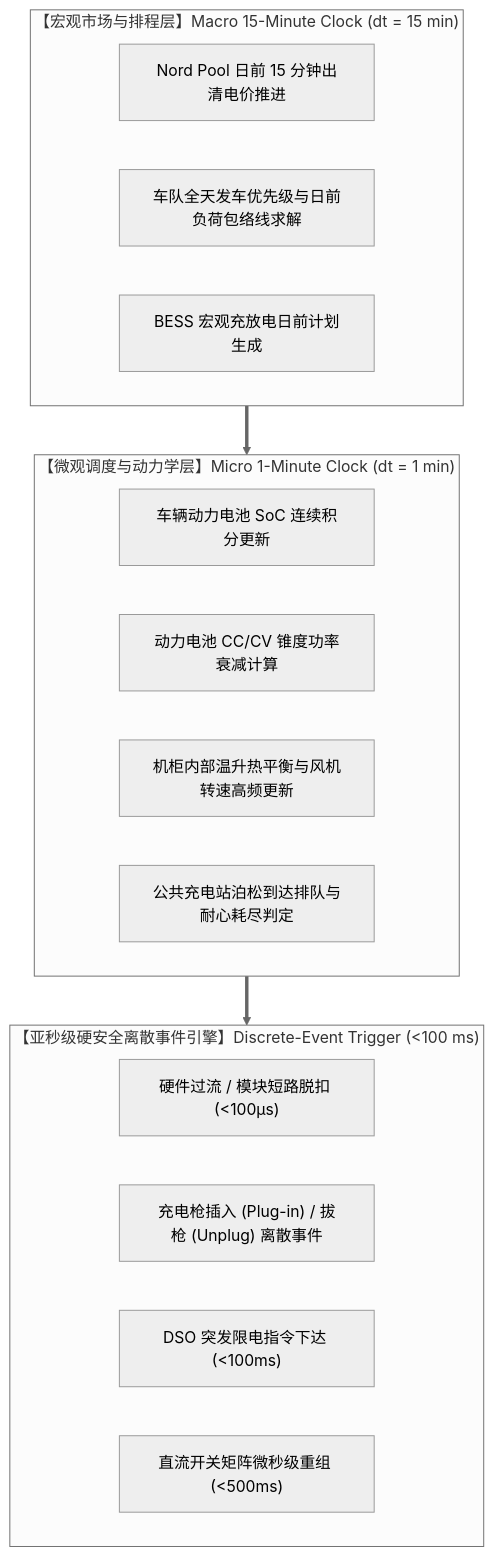
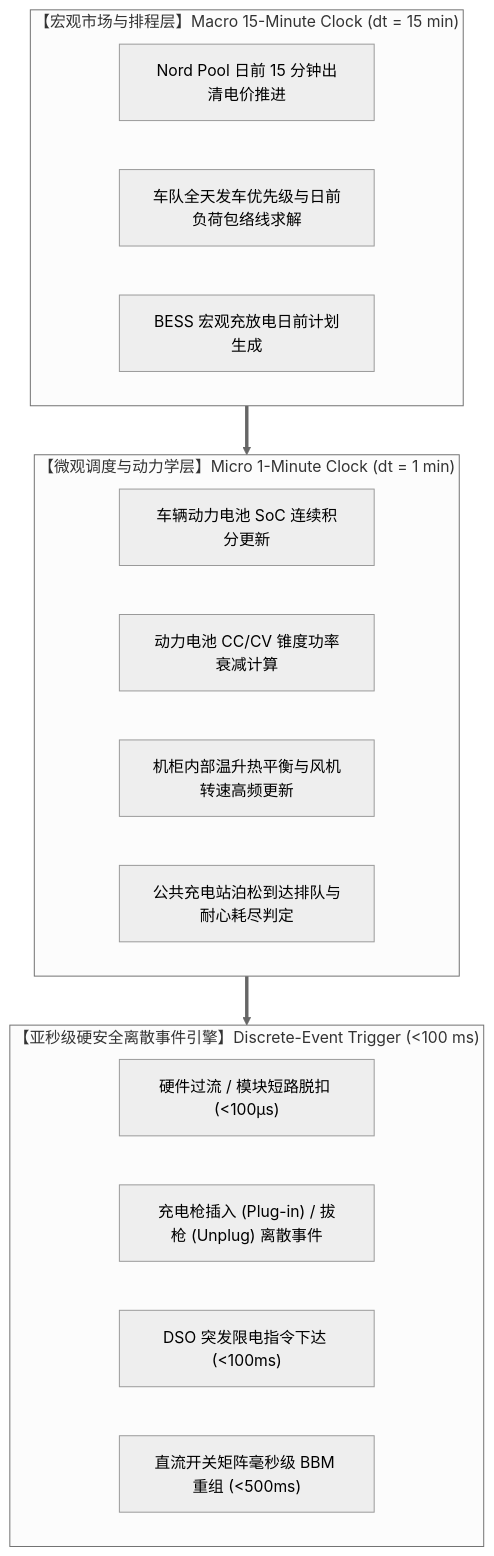
Before and after one commit to wzs39/kempower-self-operating-network: the seventh of 7 diagrams in Kempower_Self_Operating_Network_Comprehensive_Survey.md, drawn with Mermaid (neutral theme). The commit also changed other lines of this file and 35 other files, not shown here.

````diff
--- a/Kempower_Self_Operating_Network_Comprehensive_Survey.md
+++ b/Kempower_Self_Operating_Network_Comprehensive_Survey.md
@@ -651,25 +651,25 @@
 ```mermaid
 graph TD
     subgraph MacroClock["【宏观市场与排程层】Macro 15-Minute Clock (dt = 15 min)"]
         M1["Nord Pool 日前 15 分钟出清电价推进"]
         M2["车队全天发车优先级与日前负荷包络线求解"]
         M3["BESS 宏观充放电日前计划生成"]
     end
 
     subgraph MicroClock["【微观调度与动力学层】Micro 1-Minute Clock (dt = 1 min)"]
         U1["车辆动力电池 SoC 连续积分更新"]
         U2["动力电池 CC/CV 锥度功率衰减计算"]
         U3["机柜内部温升热平衡与风机转速高频更新"]
         U4["公共充电站泊松到达排队与耐心耗尽判定"]
     end
 
     subgraph EventClock["【亚秒级硬安全离散事件引擎】Discrete-Event Trigger (<100 ms)"]
         E1["硬件过流 / 模块短路脱扣 (<100μs)"]
         E2["充电枪插入 (Plug-in) / 拔枪 (Unplug) 离散事件"]
         E3["DSO 突发限电指令下达 (<100ms)"]
-        E4["直流开关矩阵微秒级重组 (<500ms)"]
+        E4["直流开关矩阵毫秒级 BBM 重组 (<500ms)"]
     end
 
     MacroClock ==> MicroClock
     MicroClock ==> EventClock
 ```
````
